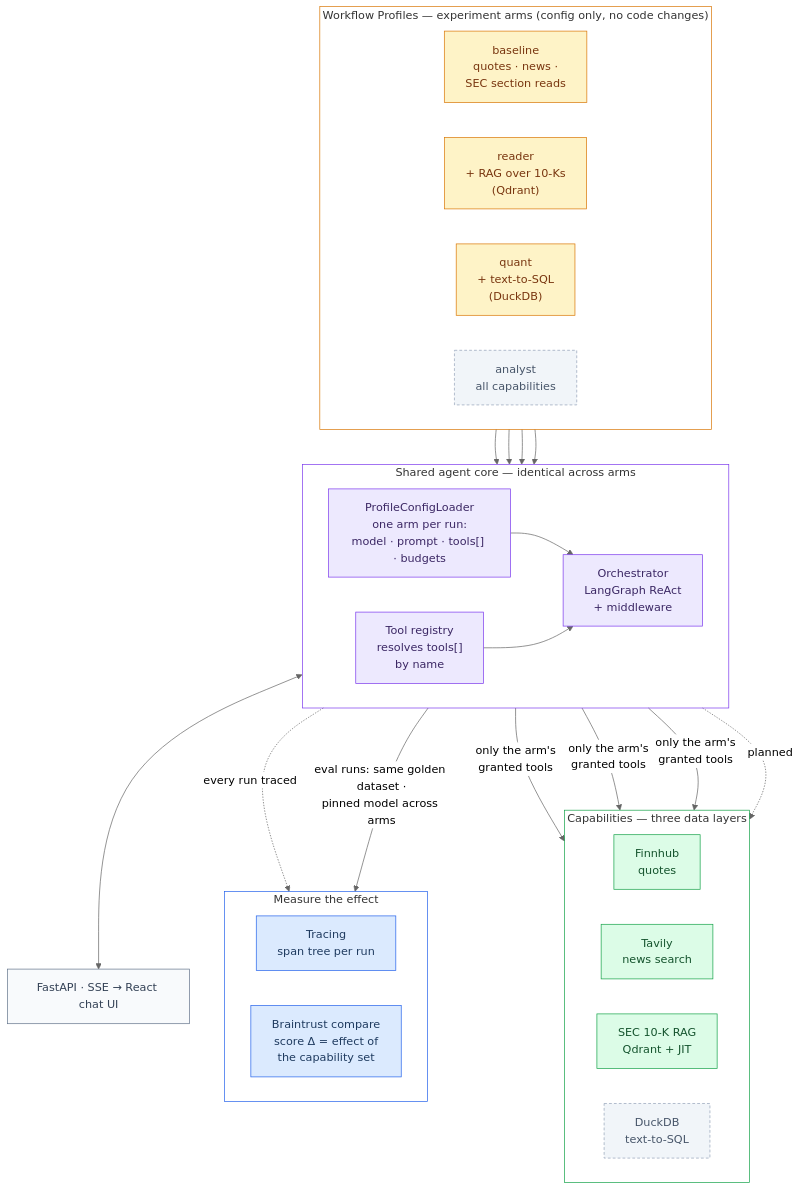
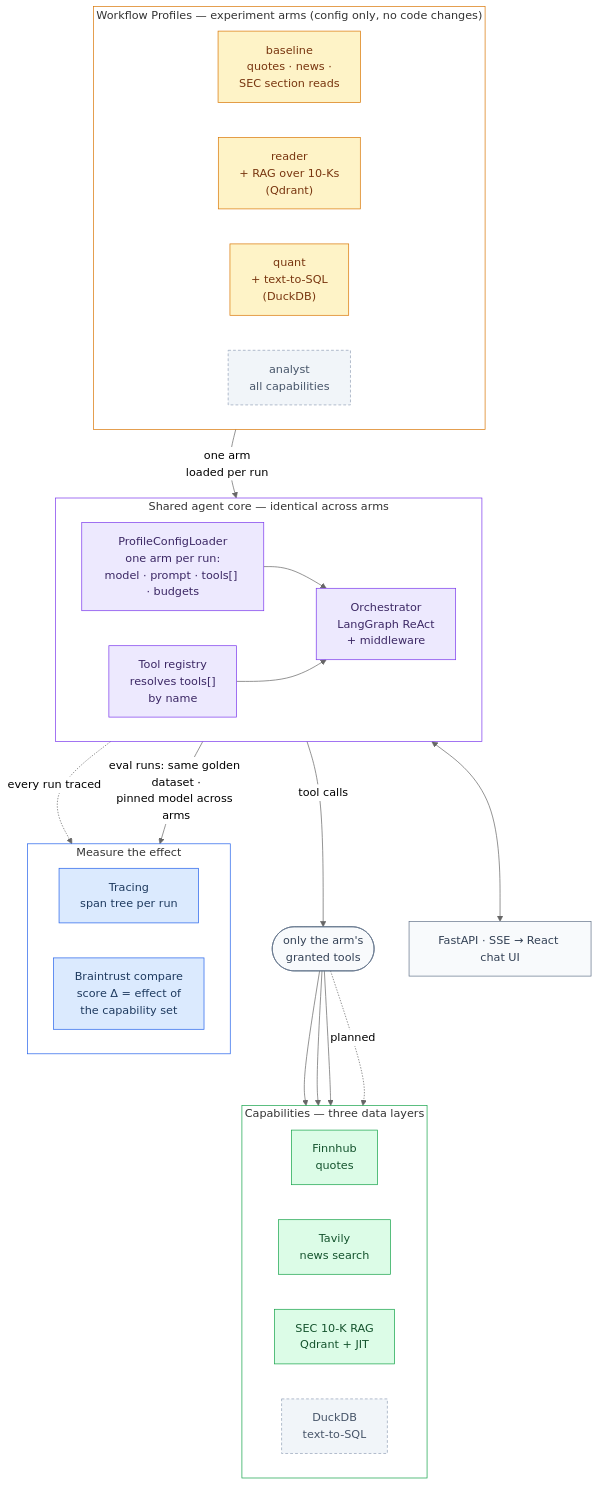
One commit to wei-yiting/fin-lab-x changed the first of 5 diagrams in README.md. Above: the diagram before and after it, drawn with Mermaid (neutral theme). The commit also changed other lines of this file, not shown here.

Commit message:
docs(readme): declutter architecture arrows, reorder JIT section, add writing & talks
Single labeled arm→loader arrow (invisible links keep the arms row
horizontal), tool-call fan-out through one compact junction node. JIT
ingestion moves below Evaluation & Observability. New closing section
links the RAG retrieval article and the two talks.

````diff
--- a/README.md
+++ b/README.md
@@ -20,60 +20,65 @@
 ```mermaid
 flowchart TB
     subgraph Arms["Workflow Profiles — experiment arms (config only, no code changes)"]
         direction LR
         P1["baseline<br/>quotes · news ·<br/>SEC section reads"]
         P2["reader<br/>+ RAG over 10-Ks<br/>(Qdrant)"]
         P3["quant<br/>+ text-to-SQL<br/>(DuckDB)"]
         P4["analyst<br/>all capabilities"]
     end
 
     subgraph Core["Shared agent core — identical across arms"]
         direction LR
         LOADER["ProfileConfigLoader<br/>one arm per run:<br/>model · prompt · tools[] · budgets"]
         ORCH["Orchestrator<br/>LangGraph ReAct<br/>+ middleware"]
         REG["Tool registry<br/>resolves tools[]<br/>by name"]
     end
 
     subgraph Caps["Capabilities — three data layers"]
         direction LR
         FINN["Finnhub<br/>quotes"]
         TAV["Tavily<br/>news search"]
         SECQ["SEC 10-K RAG<br/>Qdrant + JIT"]
         DUCK["DuckDB<br/>text-to-SQL"]
     end
 
     subgraph Measure["Measure the effect"]
         direction LR
         LF["Tracing<br/>span tree per run"]
         BT["Braintrust compare<br/>score Δ = effect of<br/>the capability set"]
     end
 
-    P1 & P2 & P3 & P4 --> LOADER
+    P1 -- "one arm<br/>loaded per run" --> LOADER
+    P2 ~~~ LOADER
+    P3 ~~~ LOADER
+    P4 ~~~ LOADER
     LOADER --> ORCH
     REG --> ORCH
-    ORCH -- "only the arm's<br/>granted tools" --> FINN & TAV & SECQ
-    ORCH -.->|planned| DUCK
+    ORCH -- "tool calls" --> TC(["only the arm's<br/>granted tools"])
+    TC --> FINN & TAV & SECQ
+    TC -.->|planned| DUCK
     ORCH -. "every run traced" .-> LF
     ORCH -- "eval runs: same golden dataset ·<br/>pinned model across arms" --> BT
 
     UI["FastAPI · SSE → React chat UI"]
     ORCH <--> UI
 
     classDef arm fill:#fef3c7,stroke:#d97706,color:#78350f
     classDef core fill:#ede9fe,stroke:#7c3aed,color:#3b2764
     classDef cap fill:#dcfce7,stroke:#16a34a,color:#14532d
     classDef planned fill:#f1f5f9,stroke:#94a3b8,color:#475569,stroke-dasharray:4 3
     classDef measure fill:#dbeafe,stroke:#2563eb,color:#1e3a5f
     classDef ui fill:#f8fafc,stroke:#64748b,color:#334155
     class P1,P2,P3 arm
     class P4 planned
     class LOADER,ORCH,REG core
     class FINN,TAV,SECQ cap
     class DUCK planned
     class LF,BT measure
     class UI ui
+    style TC fill:#f8fafc,stroke:#64748b,color:#334155
     style Arms fill:transparent,stroke:#d97706
     style Core fill:transparent,stroke:#7c3aed
     style Caps fill:transparent,stroke:#16a34a
     style Measure fill:transparent,stroke:#2563eb
 ```
````
